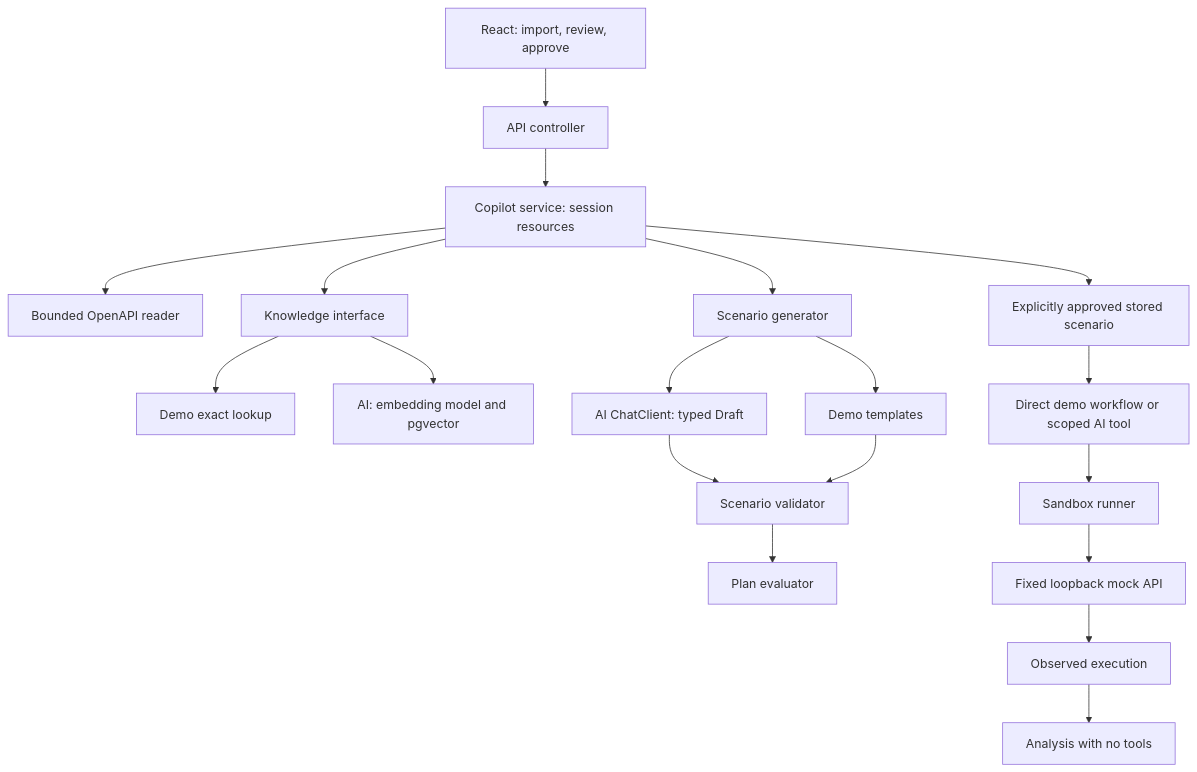
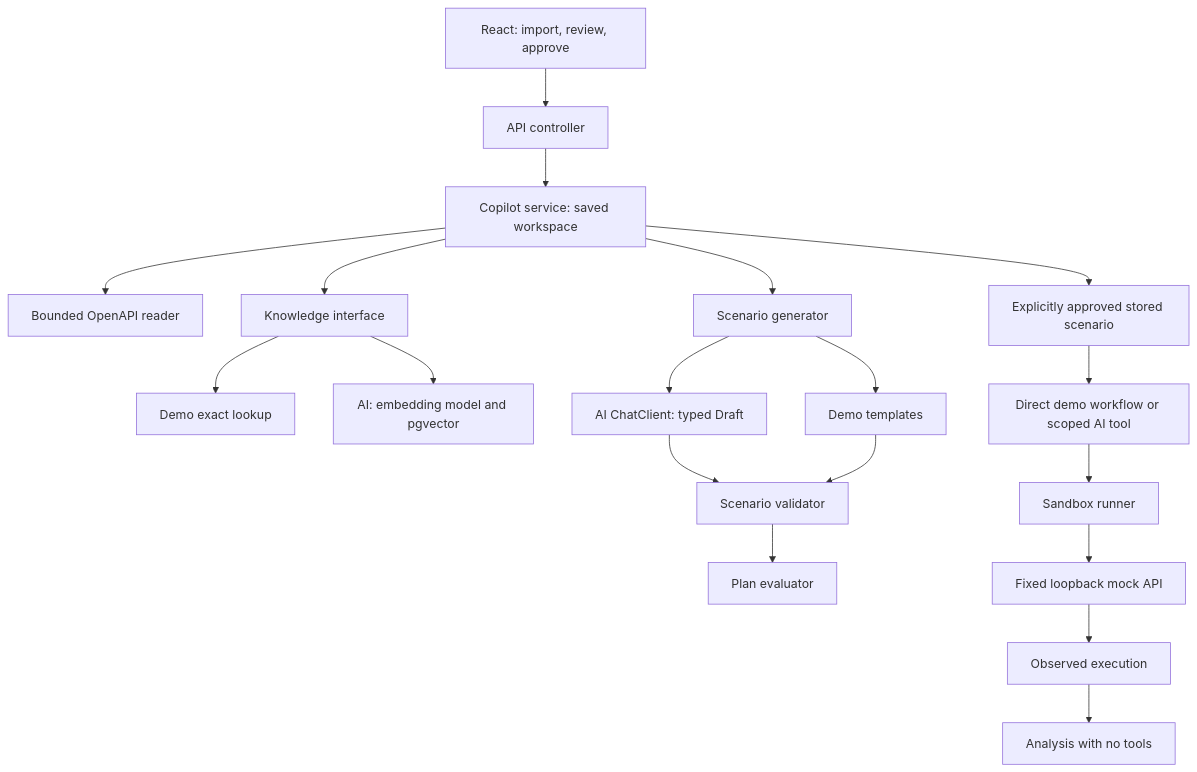
One commit to riisav147/api-testing-copilot changed the diagram in docs/ARCHITECTURE.md. Above: the diagram before and after it, drawn with Mermaid. The commit also changed other lines of this file and 16 other files, not shown here.

````diff
--- a/docs/ARCHITECTURE.md
+++ b/docs/ARCHITECTURE.md
@@ -3,21 +3,21 @@
 ```mermaid
 flowchart TD
     U[React: import, review, approve] --> C[API controller]
-    C --> S[Copilot service: session resources]
+    C --> S[Copilot service: saved workspace]
     S --> P[Bounded OpenAPI reader]
     S --> K[Knowledge interface]
     K --> D[Demo exact lookup]
     K --> V[AI: embedding model and pgvector]
     S --> G[Scenario generator]
     G --> T[Demo templates]
     G --> L[AI ChatClient: typed Draft]
     L --> Q[Scenario validator]
     T --> Q
     Q --> E[Plan evaluator]
     S --> A[Explicitly approved stored scenario]
     A --> W[Direct demo workflow or scoped AI tool]
     W --> R[Sandbox runner]
     R --> M[Fixed loopback mock API]
     M --> O[Observed execution]
     O --> F[Analysis with no tools]
 ```
````
